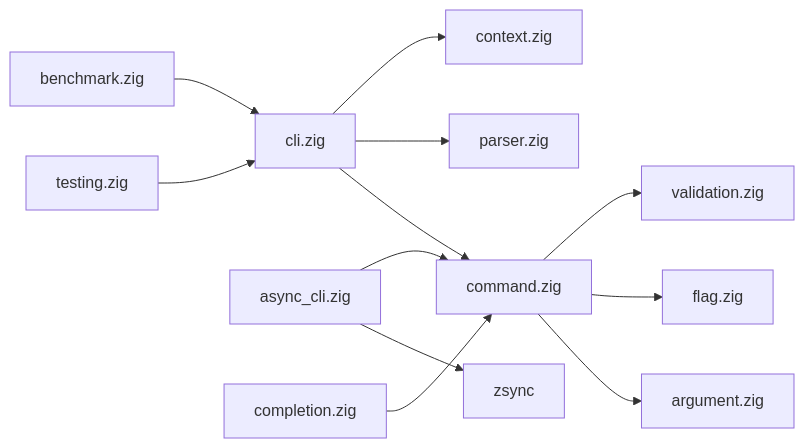
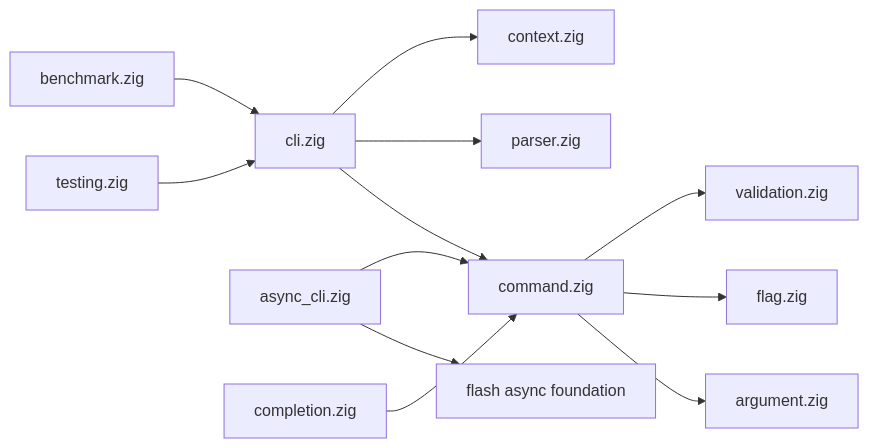
Before and after one commit to GhostKellz/flash: the third of 3 diagrams in docs/architecture/cli-structure.md, drawn with Mermaid. The commit also changed other lines of this file and 69 other files, not shown here.

````diff
--- a/docs/architecture/cli-structure.md
+++ b/docs/architecture/cli-structure.md
@@ -144,17 +141,17 @@
 ```mermaid
 graph LR
     A[cli.zig] --> B[command.zig]
     A --> C[parser.zig]
     A --> D[context.zig]
 
     B --> E[argument.zig]
     B --> F[flag.zig]
     B --> G[validation.zig]
 
-    H[async_cli.zig] --> I[zsync]
+    H[async_cli.zig] --> I[flash async foundation]
     H --> B
 
     J[completion.zig] --> B
     K[testing.zig] --> A
     L[benchmark.zig] --> A
 ```
````
